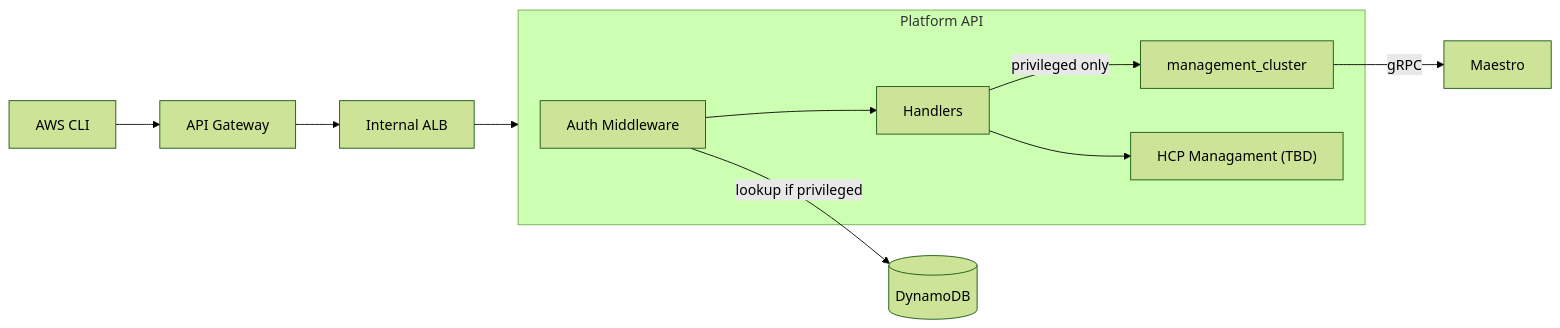
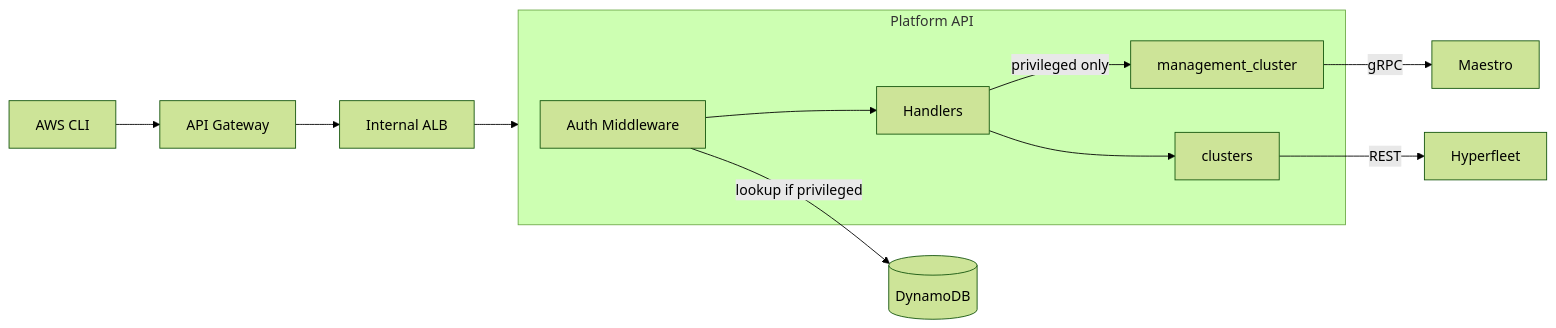
Before and after one commit to openshift-online/rosa-regional-platform-api: the diagram in README.md, drawn with Mermaid (forest theme). The commit also changed other lines of this file, not shown here.

First line of the commit message:
docs: update README for clusters API and hyperfleet integration

````diff
--- a/README.md
+++ b/README.md
@@ -7,15 +7,16 @@
 ```mermaid
 flowchart LR
     CLI["AWS CLI"] --> APIGW["API Gateway"]
     APIGW --> ALB["Internal ALB"]
     ALB --> PlatformAPI
 
     subgraph PlatformAPI["Platform API"]
         AuthMW["Auth Middleware"] --> Handler["Handlers"]
         Handler -->|privileged only| MgmtCluster["management_cluster"]
-        Handler --> HCP["HCP Managament (TBD)"]
+        Handler --> Clusters["clusters"]
     end
 
     AuthMW -->|lookup if privileged| DDB[("DynamoDB")]
     MgmtCluster -->|gRPC| Maestro["Maestro"]
+    Clusters -->|REST| Hyperfleet["Hyperfleet"]
 ```
````
